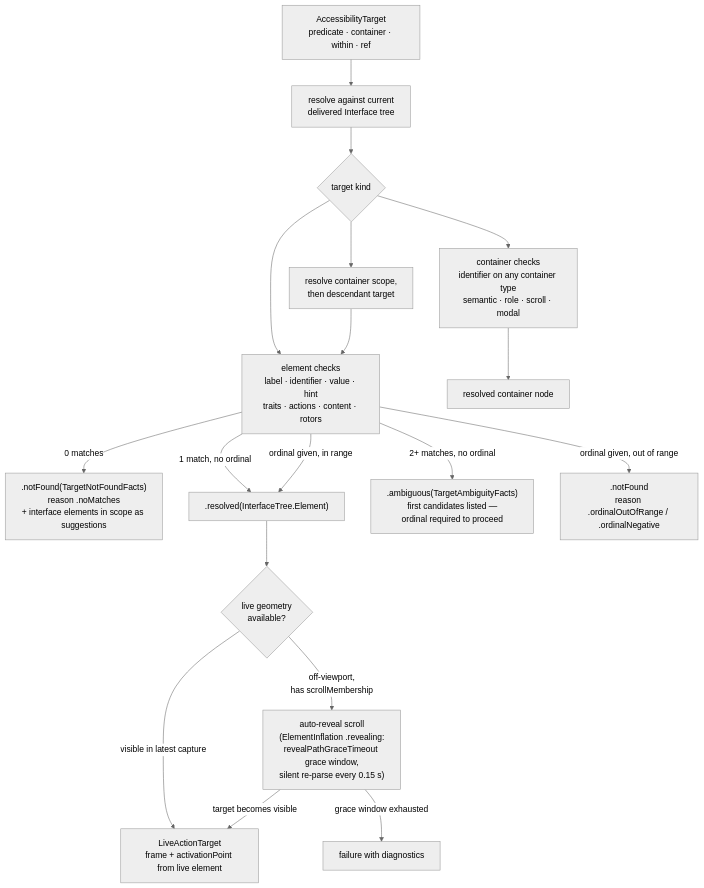
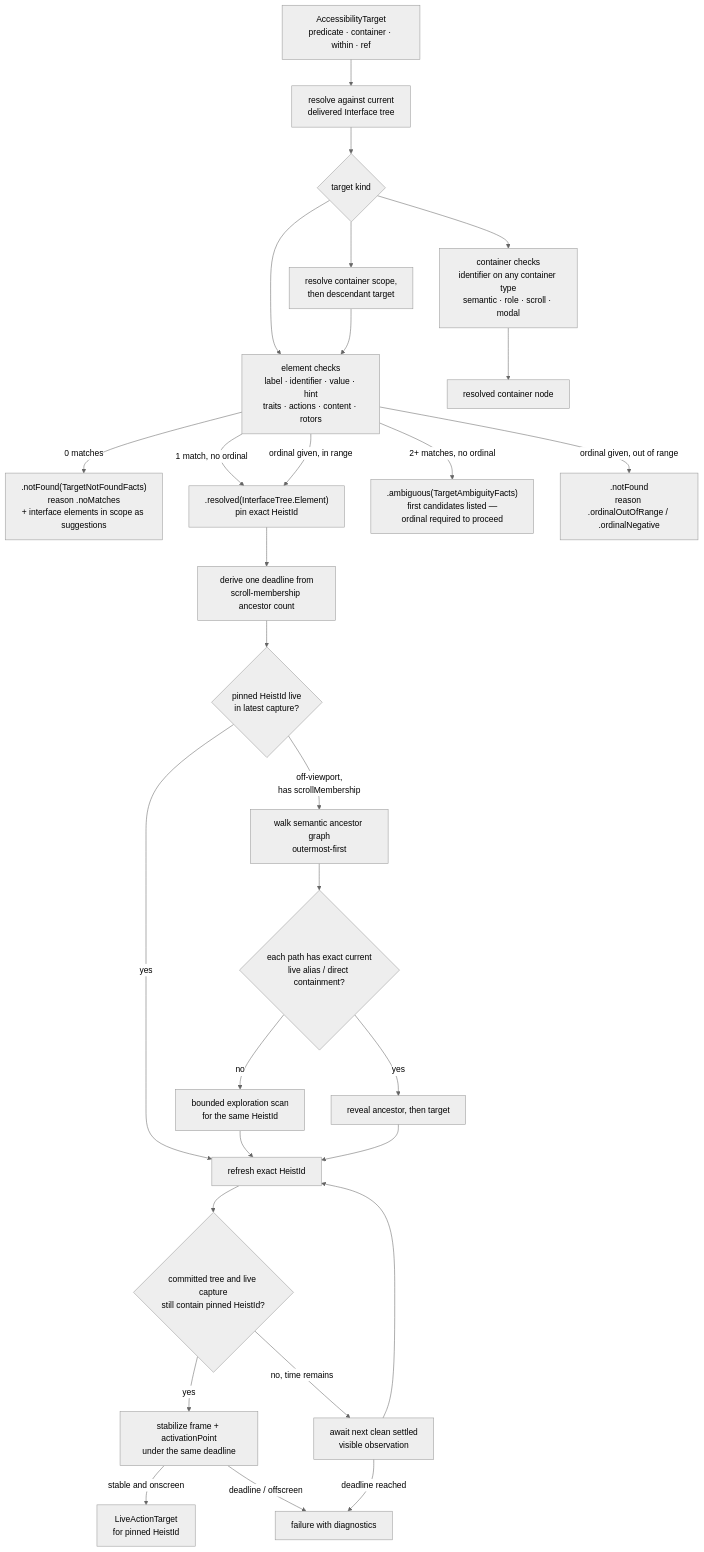
One commit to RoyalPineapple/TheButtonHeist changed the diagram in docs/diagrams/element-inflation.md. Above: the diagram before and after it, drawn with Mermaid (neutral theme). The commit also changed other lines of this file and 258 other files, not shown here.

````diff
--- a/docs/diagrams/element-inflation.md
+++ b/docs/diagrams/element-inflation.md
@@ -10,22 +10,33 @@
 ```mermaid
 flowchart TD
     TARGET["AccessibilityTarget<br/>predicate · container · within · ref"] --> SCOPE["resolve against current<br/>delivered Interface tree"]
     SCOPE --> KIND{"target kind"}
     KIND --> MATCH["element checks<br/>label · identifier · value · hint<br/>traits · actions · content · rotors"]
     KIND --> CMATCH["container checks<br/>identifier on any container type<br/>semantic · role · scroll · modal"]
     KIND --> WITHIN["resolve container scope,<br/>then descendant target"]
     CMATCH --> RESOLVEDNODE["resolved container node"]
     WITHIN --> MATCH
 
     MATCH -- "0 matches" --> NOTFOUND[".notFound(TargetNotFoundFacts)<br/>reason .noMatches<br/>+ interface elements in scope as suggestions"]
-    MATCH -- "1 match, no ordinal" --> RESOLVED[".resolved(InterfaceTree.Element)"]
+    MATCH -- "1 match, no ordinal" --> RESOLVED[".resolved(InterfaceTree.Element)<br/>pin exact HeistId"]
     MATCH -- "2+ matches, no ordinal" --> AMBIG[".ambiguous(TargetAmbiguityFacts)<br/>first candidates listed —<br/>ordinal required to proceed"]
     MATCH -- "ordinal given, in range" --> RESOLVED
     MATCH -- "ordinal given, out of range" --> NOTFOUND2[".notFound<br/>reason .ordinalOutOfRange / .ordinalNegative"]
 
-    RESOLVED --> LIVE{"live geometry<br/>available?"}
-    LIVE -- "visible in latest capture" --> ACT["LiveActionTarget<br/>frame + activationPoint from live element"]
-    LIVE -- "off-viewport,<br/>has scrollMembership" --> REVEAL["auto-reveal scroll<br/>(ElementInflation .revealing:<br/>revealPathGraceTimeout grace window,<br/>silent re-parse every 0.15 s)"]
-    REVEAL -- "target becomes visible" --> ACT
-    REVEAL -- "grace window exhausted" --> MISS["failure with diagnostics"]
+    RESOLVED --> BUDGET["derive one deadline from<br/>scroll-membership ancestor count"]
+    BUDGET --> LIVE{"pinned HeistId live<br/>in latest capture?"}
+    LIVE -- "yes" --> REFRESH["refresh exact HeistId"]
+    LIVE -- "off-viewport,<br/>has scrollMembership" --> GRAPH["walk semantic ancestor graph<br/>outermost-first"]
+    GRAPH --> ALIAS{"each path has exact current<br/>live alias / direct containment?"}
+    ALIAS -- "yes" --> REVEAL["reveal ancestor, then target"]
+    ALIAS -- "no" --> SCAN["bounded exploration scan<br/>for the same HeistId"]
+    SCAN --> REFRESH
+    REVEAL --> REFRESH
+    REFRESH --> EXACT{"committed tree and live capture<br/>still contain pinned HeistId?"}
+    EXACT -- "yes" --> STABLE["stabilize frame + activationPoint<br/>under the same deadline"]
+    EXACT -- "no, time remains" --> WAIT["await next clean settled<br/>visible observation"]
+    WAIT --> REFRESH
+    STABLE -- "stable and onscreen" --> ACT["LiveActionTarget<br/>for pinned HeistId"]
+    STABLE -- "deadline / offscreen" --> MISS["failure with diagnostics"]
+    WAIT -- "deadline reached" --> MISS
 ```
````
